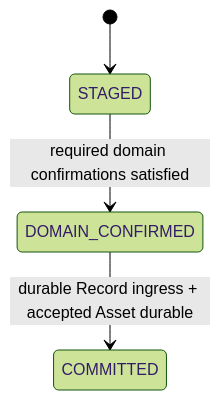
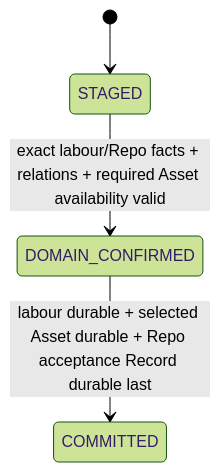
The fifth of 5 diagrams in docs/architecture.md (labourchain/repository), drawn with Mermaid (forest theme) before and after one commit. The commit also changed other lines of this file, not shown here.

Commit message:
docs: project concrete repo contribution architecture

````diff
--- a/docs/architecture.md
+++ b/docs/architecture.md
@@ -411,6 +465,6 @@
 ```mermaid
 stateDiagram-v2
     [*] --> STAGED
-    STAGED --> DOMAIN_CONFIRMED: required domain confirmations satisfied
-    DOMAIN_CONFIRMED --> COMMITTED: durable Record ingress + accepted Asset durable
+    STAGED --> DOMAIN_CONFIRMED: exact labour/Repo facts + relations + required Asset availability valid
+    DOMAIN_CONFIRMED --> COMMITTED: labour durable + selected Asset durable + Repo acceptance Record durable last
 ```
````
